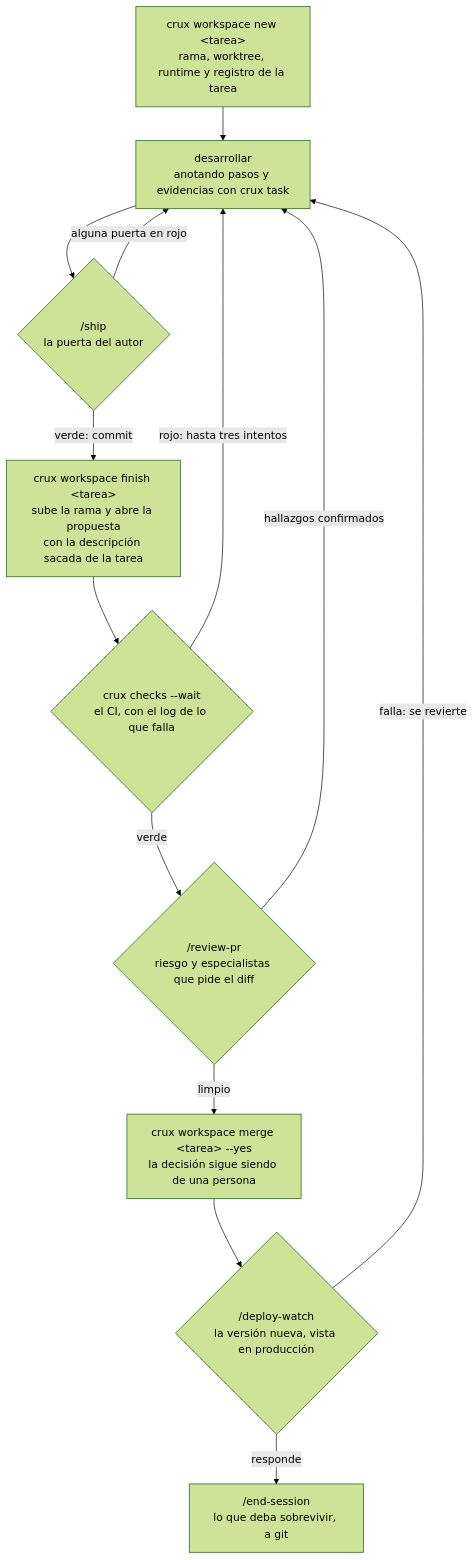
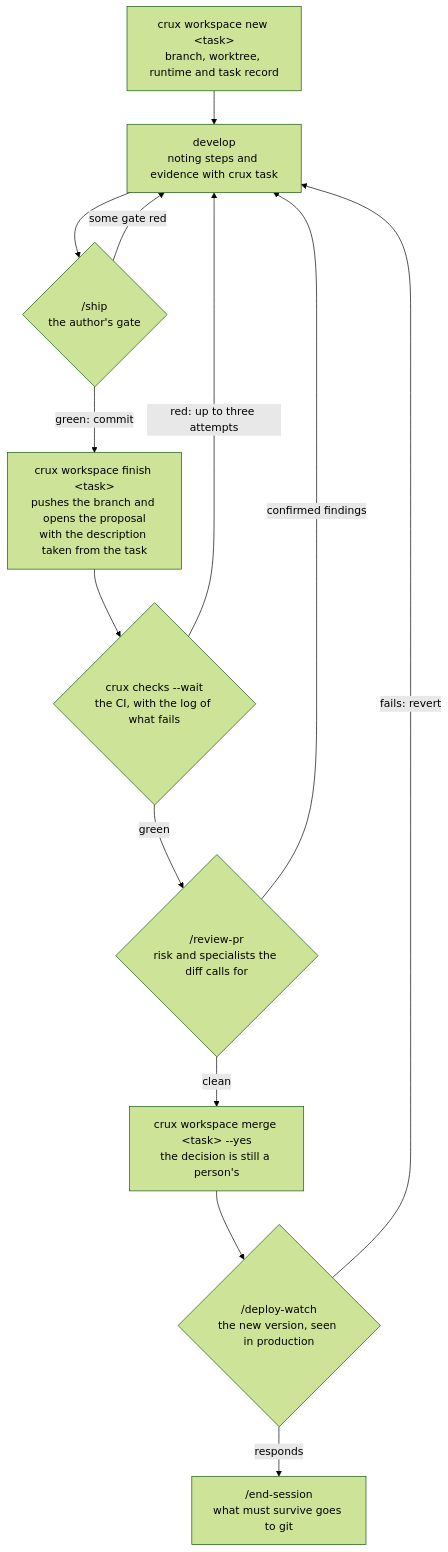
The diagram in README.md (jocarrd/crux-agents), drawn with Mermaid (forest theme) before and after one commit. The commit also changed other lines of this file and 203 other files, not shown here.

````diff
--- a/README.md
+++ b/README.md
@@ -181,15 +187,15 @@
 ```mermaid
 flowchart TD
-    A["crux workspace new &lt;tarea&gt;<br/>rama, worktree, runtime y registro de la tarea"] --> B["desarrollar<br/>anotando pasos y evidencias con crux task"]
-    B --> C{"/ship<br/>la puerta del autor"}
-    C -- "alguna puerta en rojo" --> B
-    C -- "verde: commit" --> D["crux workspace finish &lt;tarea&gt;<br/>sube la rama y abre la propuesta<br/>con la descripción sacada de la tarea"]
-    D --> CI{"crux checks --wait<br/>el CI, con el log de lo que falla"}
-    CI -- "rojo: hasta tres intentos" --> B
-    CI -- "verde" --> E{"/review-pr<br/>riesgo y especialistas que pide el diff"}
-    E -- "hallazgos confirmados" --> B
-    E -- "limpio" --> F["crux workspace merge &lt;tarea&gt; --yes<br/>la decisión sigue siendo de una persona"]
-    F --> W{"/deploy-watch<br/>la versión nueva, vista en producción"}
-    W -- "falla: se revierte" --> B
-    W -- "responde" --> G["/end-session<br/>lo que deba sobrevivir, a git"]
+    A["crux workspace new &lt;task&gt;<br/>branch, worktree, runtime and task record"] --> B["develop<br/>noting steps and evidence with crux task"]
+    B --> C{"/ship<br/>the author's gate"}
+    C -- "some gate red" --> B
+    C -- "green: commit" --> D["crux workspace finish &lt;task&gt;<br/>pushes the branch and opens the proposal<br/>with the description taken from the task"]
+    D --> CI{"crux checks --wait<br/>the CI, with the log of what fails"}
+    CI -- "red: up to three attempts" --> B
+    CI -- "green" --> E{"/review-pr<br/>risk and specialists the diff calls for"}
+    E -- "confirmed findings" --> B
+    E -- "clean" --> F["crux workspace merge &lt;task&gt; --yes<br/>the decision is still a person's"]
+    F --> W{"/deploy-watch<br/>the new version, seen in production"}
+    W -- "fails: revert" --> B
+    W -- "responds" --> G["/end-session<br/>what must survive goes to git"]
 ```
````
